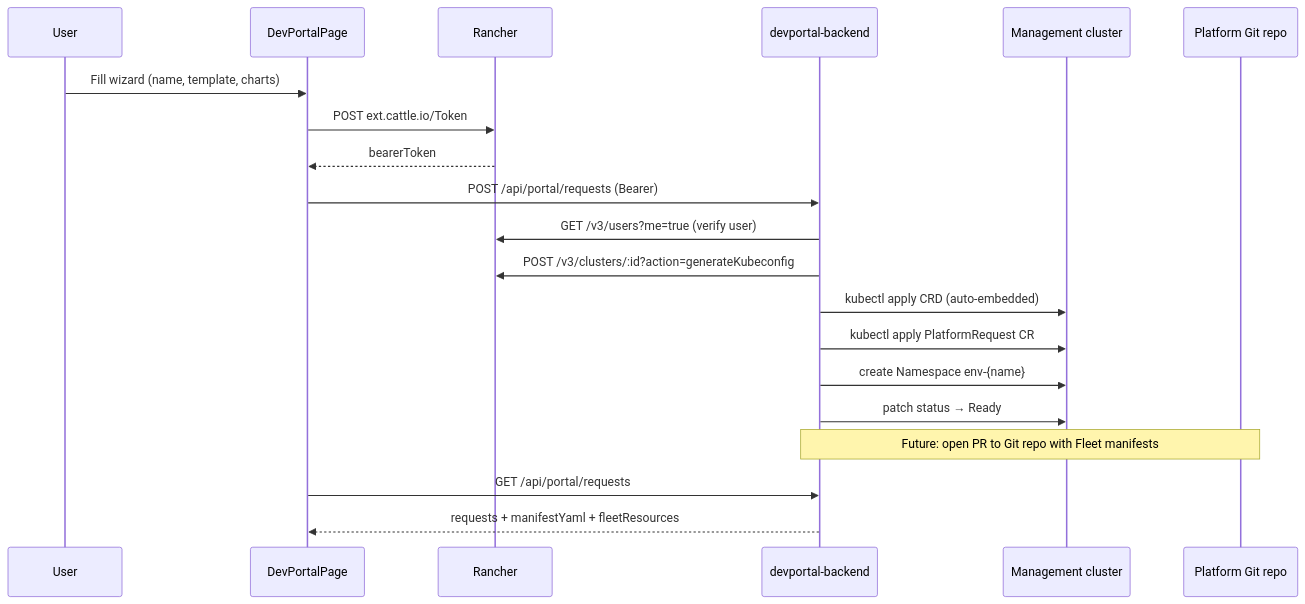
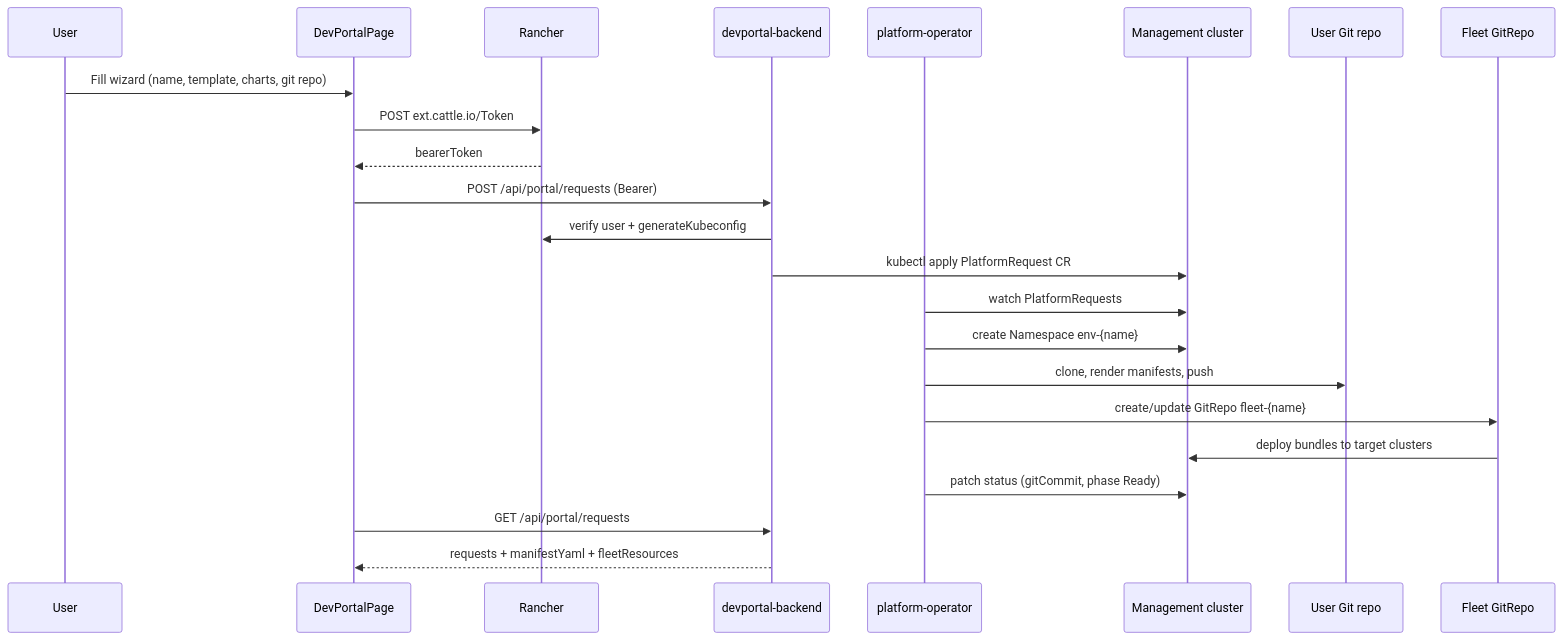
Before and after one commit to aeltai/rancher-devportal: the diagram in docs/architecture.md, drawn with Mermaid. The commit also changed other lines of this file and 20 other files, not shown here.

First line of the commit message:
Add platform operator with Gitea-backed Fleet GitOps reconciliation.

````diff
--- a/docs/architecture.md
+++ b/docs/architecture.md
@@ -5,23 +5,26 @@
 ```mermaid
 sequenceDiagram
   participant User
   participant UI as DevPortalPage
   participant Rancher
   participant API as devportal-backend
+  participant Op as platform-operator
   participant K8s as Management cluster
-  participant Git as Platform Git repo
+  participant Git as User Git repo
+  participant Fleet as Fleet GitRepo
 
-  User->>UI: Fill wizard (name, template, charts)
+  User->>UI: Fill wizard (name, template, charts, git repo)
   UI->>Rancher: POST ext.cattle.io/Token
   Rancher-->>UI: bearerToken
   UI->>API: POST /api/portal/requests (Bearer)
-  API->>Rancher: GET /v3/users?me=true (verify user)
-  API->>Rancher: POST /v3/clusters/:id?action=generateKubeconfig
-  API->>K8s: kubectl apply CRD (auto-embedded)
+  API->>Rancher: verify user + generateKubeconfig
   API->>K8s: kubectl apply PlatformRequest CR
-  API->>K8s: create Namespace env-{name}
-  API->>K8s: patch status → Ready
-  Note over API,Git: Future: open PR to Git repo with Fleet manifests
+  Op->>K8s: watch PlatformRequests
+  Op->>K8s: create Namespace env-{name}
+  Op->>Git: clone, render manifests, push
+  Op->>Fleet: create/update GitRepo fleet-{name}
+  Fleet->>K8s: deploy bundles to target clusters
+  Op->>K8s: patch status (gitCommit, phase Ready)
   UI->>API: GET /api/portal/requests
   API-->>UI: requests + manifestYaml + fleetResources
 ```
````
